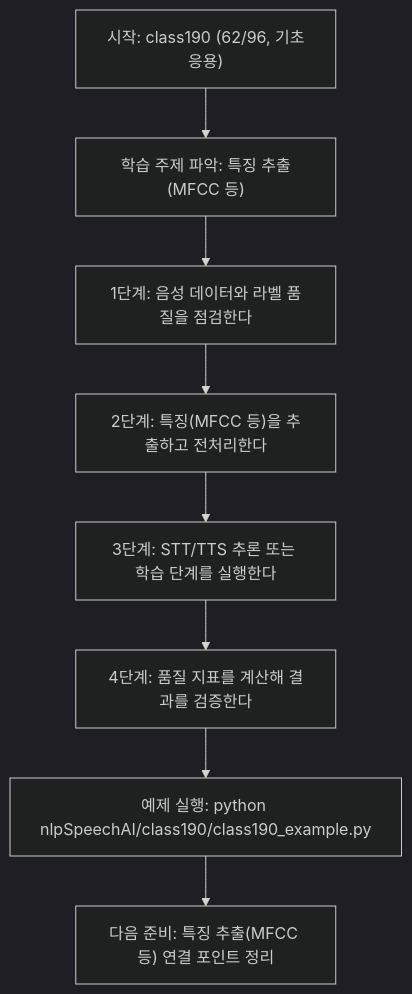
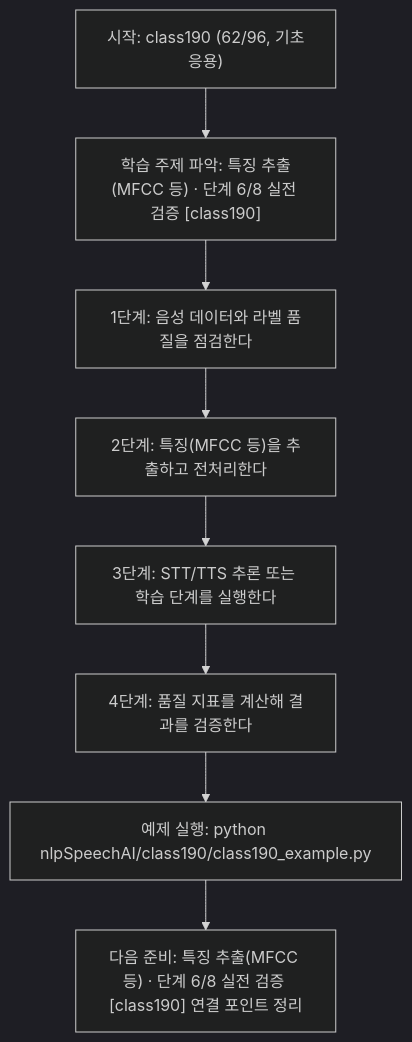
Before and after one commit to edumgt/Python-AI_Agent-Class: the diagram in nlpSpeechAI/class190/class190.md, drawn with Mermaid (dark theme). The commit also changed other lines of this file and 522 other files, not shown here.

````diff
--- a/nlpSpeechAI/class190/class190.md
+++ b/nlpSpeechAI/class190/class190.md
@@ -113,18 +114,18 @@
 ```mermaid
 flowchart TD
 N1["시작: class190 (62/96, 기초응용)"]
-N2["학습 주제 파악: 특징 추출(MFCC 등)"]
+N2["학습 주제 파악: 특징 추출(MFCC 등) · 단계 6/8 실전 검증 [class190]"]
 N3["1단계: 음성 데이터와 라벨 품질을 점검한다"]
 N4["2단계: 특징(MFCC 등)을 추출하고 전처리한다"]
 N5["3단계: STT/TTS 추론 또는 학습 단계를 실행한다"]
 N6["4단계: 품질 지표를 계산해 결과를 검증한다"]
 N7["예제 실행: python nlpSpeechAI/class190/class190_example.py"]
-N8["다음 준비: 특징 추출(MFCC 등) 연결 포인트 정리"]
+N8["다음 준비: 특징 추출(MFCC 등) · 단계 6/8 실전 검증 [class190] 연결 포인트 정리"]
 N1 --> N2
 N2 --> N3
 N3 --> N4
 N4 --> N5
 N5 --> N6
 N6 --> N7
 N7 --> N8
 ```
````
